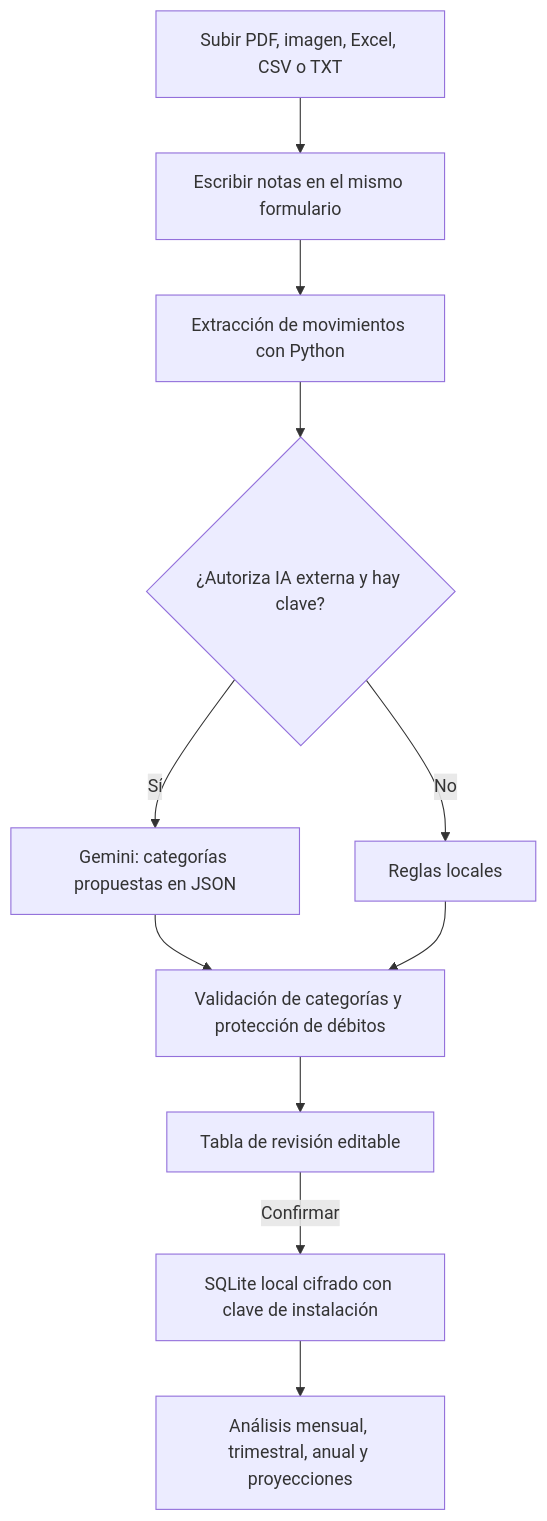
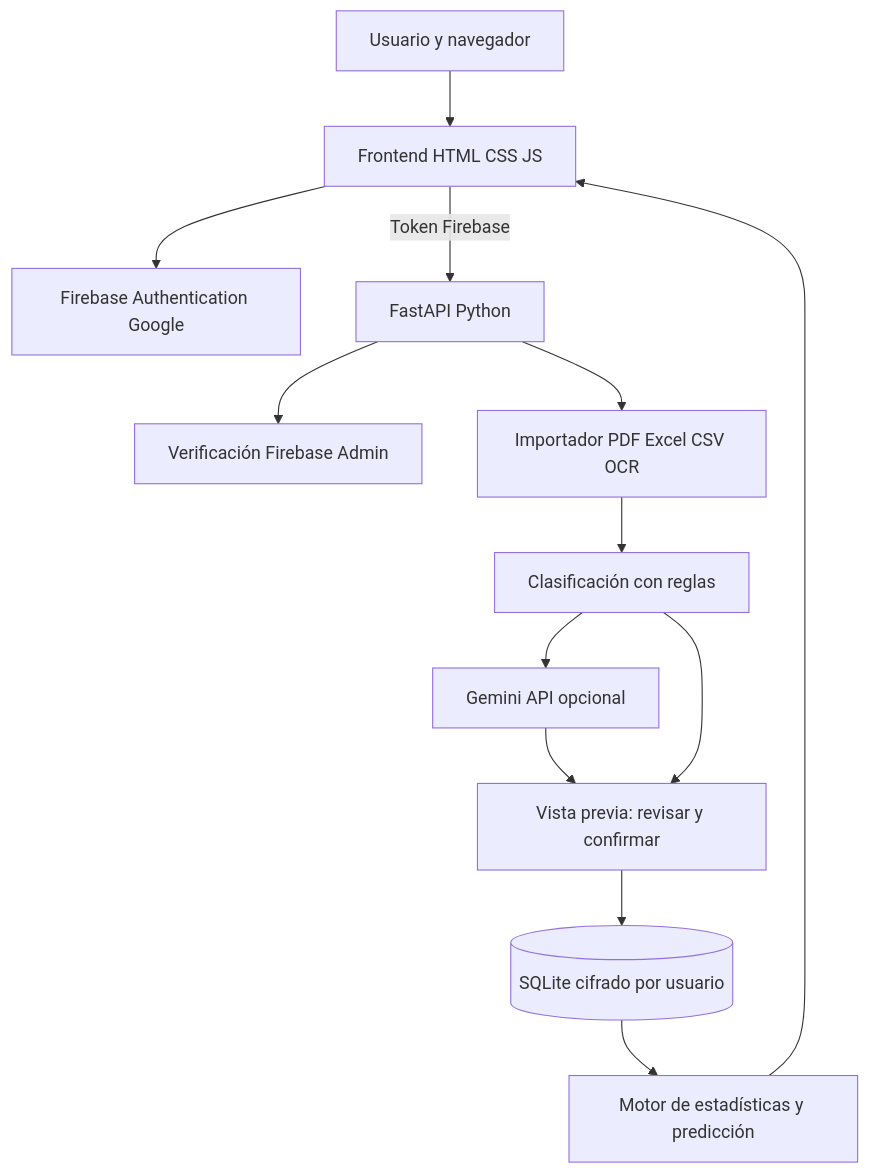
The first of 2 diagrams in README.md (EmilyCurin/Integral-ingresos-variables), drawn with Mermaid before and after one commit. The commit also changed other lines of this file and 12 other files, not shown here.

Commit message:
Integrar Firebase Google Auth, Gemini y almacenamiento por usuario

````diff
--- a/README.md
+++ b/README.md
@@ -29,13 +19,15 @@
 ```mermaid
 flowchart TD
-    A[Subir PDF, imagen, Excel, CSV o TXT] --> N[Escribir notas en el mismo formulario]
-    N --> X[Extracción de movimientos con Python]
-    X --> C{¿Autoriza IA externa y hay clave?}
-    C -- Sí --> G[Gemini: categorías propuestas en JSON]
-    C -- No --> R[Reglas locales]
-    G --> V[Validación de categorías y protección de débitos]
-    R --> V
-    V --> P[Tabla de revisión editable]
-    P -->|Confirmar| D[SQLite local cifrado con clave de instalación]
-    D --> S[Análisis mensual, trimestral, anual y proyecciones]
+    U[Usuario y navegador] --> F[Frontend HTML CSS JS]
+    F --> A[Firebase Authentication Google]
+    F -->|Token Firebase| B[FastAPI Python]
+    B --> V[Verificación Firebase Admin]
+    B --> I[Importador PDF Excel CSV OCR]
+    I --> C[Clasificación con reglas]
+    C --> G[Gemini API opcional]
+    G --> P[Vista previa: revisar y confirmar]
+    C --> P
+    P --> D[(SQLite cifrado por usuario)]
+    D --> E[Motor de estadísticas y predicción]
+    E --> F
 ```
````
